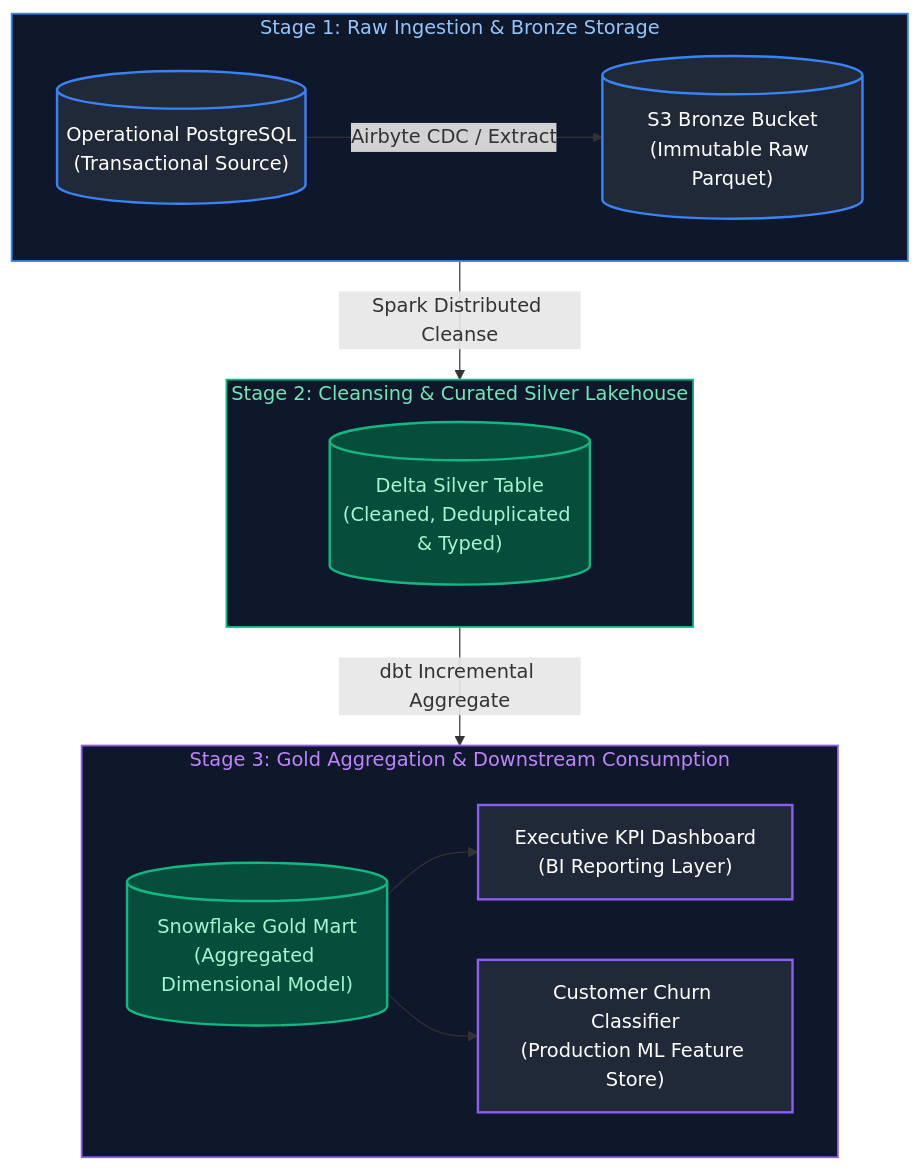
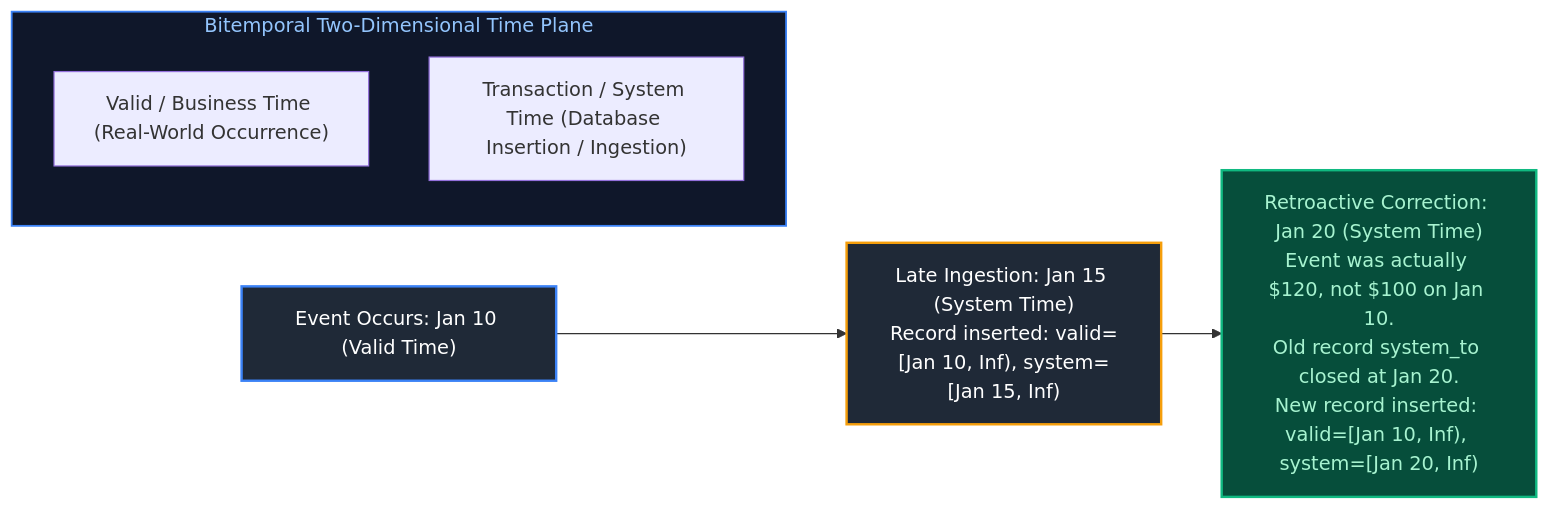
Diagram 20 of 30 in Data Engineering/06_data_architecture_and_modeling.md (joydeep-biswas/Interview-Preparation), drawn with Mermaid before and after one commit. The commit also changed other lines of this file and 143 other files, not shown here.

````diff
--- a/Data Engineering/06_data_architecture_and_modeling.md
+++ b/Data Engineering/06_data_architecture_and_modeling.md
@@ -1065,32 +1450,16 @@
 ```mermaid
-flowchart TD
-    subgraph Stage1 ["Stage 1: Raw Ingestion & Bronze Storage"]
-        direction LR
-        SourceDB[("Operational PostgreSQL<br/>(Transactional Source)")] -->|"Airbyte CDC / Extract"| S3Raw[("S3 Bronze Bucket<br/>(Immutable Raw Parquet)")]
+flowchart LR
+    subgraph BitemporalPlane ["Bitemporal Two-Dimensional Time Plane"]
+        direction TD
+        BT["Valid / Business Time (Real-World Occurrence)"]
+        ST["Transaction / System Time (Database Insertion / Ingestion)"]
     end
+    
+    T1["Event Occurs: Jan 10 (Valid Time)"] --> T2["Late Ingestion: Jan 15 (System Time)<br/>Record inserted: valid=[Jan 10, Inf), system=[Jan 15, Inf)"]
+    T2 --> T3["Retroactive Correction: Jan 20 (System Time)<br/>Event was actually $120, not $100 on Jan 10.<br/>Old record system_to closed at Jan 20.<br/>New record inserted: valid=[Jan 10, Inf), system=[Jan 20, Inf)"]
 
-    subgraph Stage2 ["Stage 2: Cleansing & Curated Silver Lakehouse"]
-        direction LR
-        DeltaSilver[("Delta Silver Table<br/>(Cleaned, Deduplicated & Typed)")]
-    end
-
-    subgraph Stage3 ["Stage 3: Gold Aggregation & Downstream Consumption"]
-        direction LR
-        GoldMart[("Snowflake Gold Mart<br/>(Aggregated Dimensional Model)")] --> Tableau["Executive KPI Dashboard<br/>(BI Reporting Layer)"]
-        GoldMart --> MLModel["Customer Churn Classifier<br/>(Production ML Feature Store)"]
-    end
-
-    S3Raw -->|"Spark Distributed Cleanse"| DeltaSilver
-    DeltaSilver -->|"dbt Incremental Aggregate"| GoldMart
-
-    style Stage1 fill:#0f172a,stroke:#3b82f6,stroke-width:1.5px,color:#93c5fd
-    style Stage2 fill:#0f172a,stroke:#10b981,stroke-width:1.5px,color:#6ee7b7
-    style Stage3 fill:#0f172a,stroke:#8b5cf6,stroke-width:1.5px,color:#c084fc
-
-    style SourceDB fill:#1f2937,stroke:#3b82f6,stroke-width:2px,color:#fff
-    style S3Raw fill:#1f2937,stroke:#3b82f6,stroke-width:2px,color:#fff
-    style DeltaSilver fill:#064e3b,stroke:#10b981,stroke-width:2px,color:#a7f3d0
-    style GoldMart fill:#064e3b,stroke:#10b981,stroke-width:2px,color:#a7f3d0
-    style Tableau fill:#1f2937,stroke:#8b5cf6,stroke-width:2px,color:#fff
-    style MLModel fill:#1f2937,stroke:#8b5cf6,stroke-width:2px,color:#fff
+    style BitemporalPlane fill:#0f172a,stroke:#3b82f6,stroke-width:1.5px,color:#93c5fd
+    style T1 fill:#1f2937,stroke:#3b82f6,stroke-width:2px,color:#fff
+    style T2 fill:#1f2937,stroke:#f59e0b,stroke-width:2px,color:#fff
+    style T3 fill:#064e3b,stroke:#10b981,stroke-width:2px,color:#a7f3d0
 ```
````
